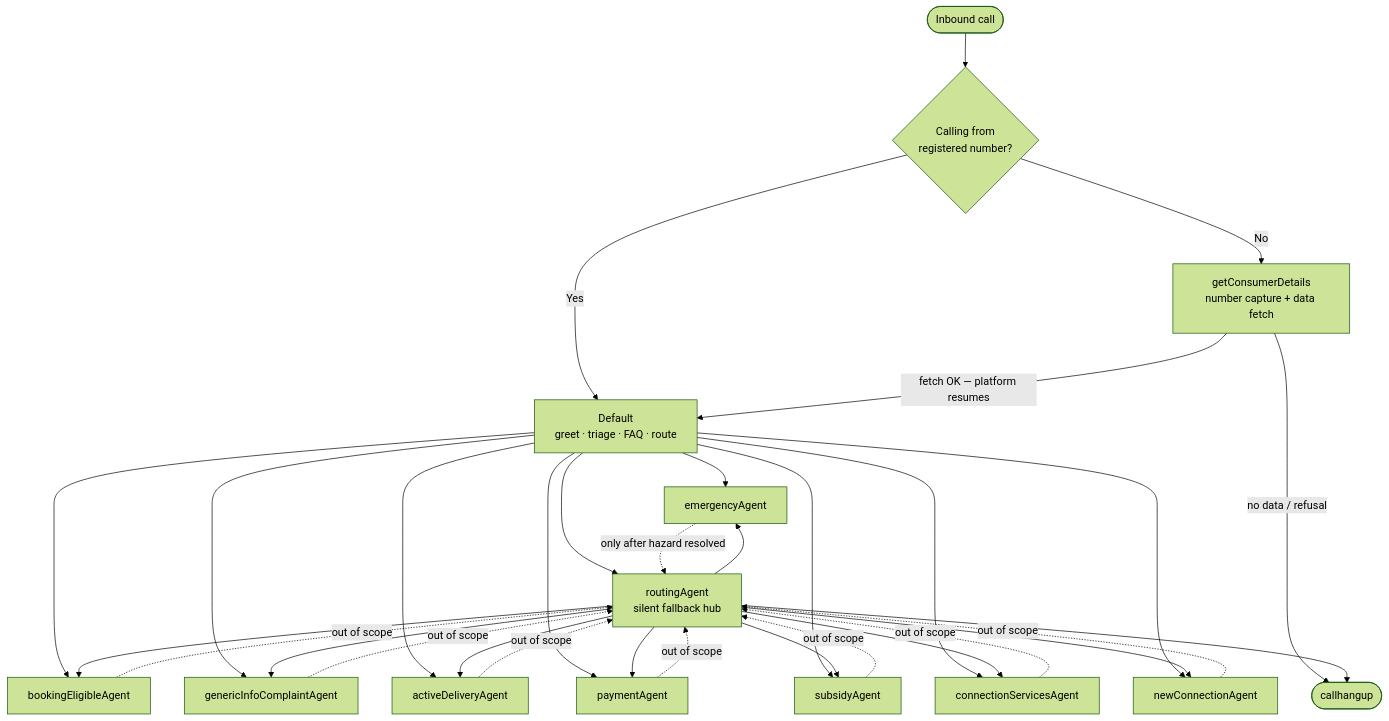
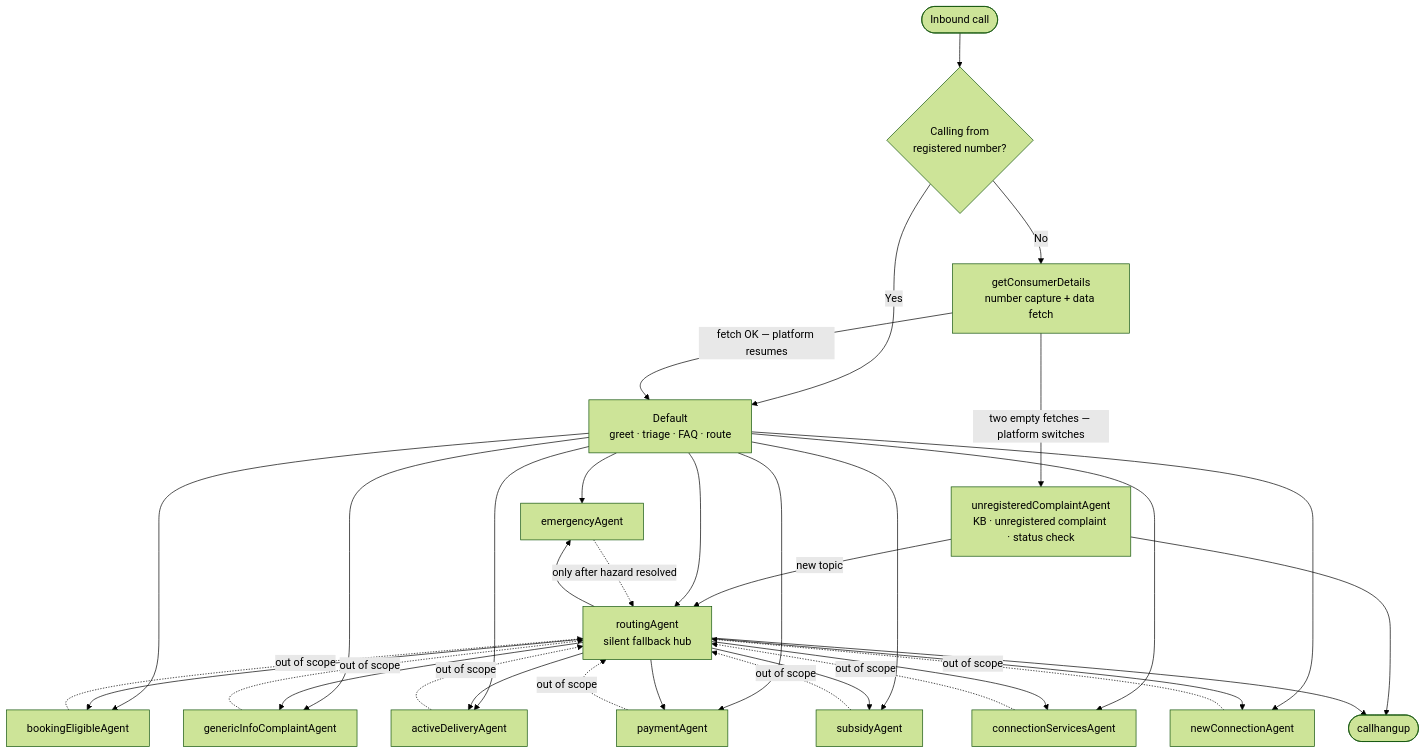
One commit to vijay-vo/vo_prompts changed the diagram in bpcl_prompts/bpcl_showroom_crc/docs/agent-workflow.md. Above: the diagram before and after it, drawn with Mermaid (forest theme). The commit also changed other lines of this file and 2 other files, not shown here.

First line of the commit message:
CRC docs: CLAUDE.md and agent-workflow.md describe the single getConsumerDetails prompt (GCD-06)

````diff
--- a/bpcl_prompts/bpcl_showroom_crc/docs/agent-workflow.md
+++ b/bpcl_prompts/bpcl_showroom_crc/docs/agent-workflow.md
@@ -11,39 +11,41 @@
 ```mermaid
 graph TD
     START([Inbound call]) --> REG{Calling from<br/>registered number?}
 
     REG -->|No| GCD[getConsumerDetails<br/>number capture + data fetch]
     REG -->|Yes| DEF
 
     GCD -->|fetch OK — platform resumes| DEF[Default<br/>greet · triage · FAQ · route]
-    GCD -->|no data / refusal| HANG([callhangup])
+    GCD -->|two empty fetches — platform switches| UNREG[unregisteredComplaintAgent<br/>KB · unregistered complaint · status check]
+    UNREG -->|new topic| ROUTE
+    UNREG --> HANG([callhangup])
 
     DEF --> EMG[emergencyAgent]
     DEF --> BOOK[bookingEligibleAgent]
     DEF --> GIC[genericInfoComplaintAgent]
     DEF --> ADEL[activeDeliveryAgent]
     DEF --> PAY[paymentAgent]
     DEF --> SUB[subsidyAgent]
     DEF --> CONN[connectionServicesAgent]
     DEF --> NEW[newConnectionAgent]
     DEF --> ROUTE[routingAgent<br/>silent fallback hub]
 
     ROUTE --> EMG
     ROUTE --> BOOK
     ROUTE --> GIC
     ROUTE --> ADEL
     ROUTE --> PAY
     ROUTE --> SUB
     ROUTE --> CONN
     ROUTE --> NEW
     ROUTE --> HANG
 
     BOOK -.out of scope.-> ROUTE
     GIC -.out of scope.-> ROUTE
     ADEL -.out of scope.-> ROUTE
     PAY -.out of scope.-> ROUTE
     SUB -.out of scope.-> ROUTE
     CONN -.out of scope.-> ROUTE
     NEW -.out of scope.-> ROUTE
     EMG -.only after hazard resolved.-> ROUTE
 ```
````
